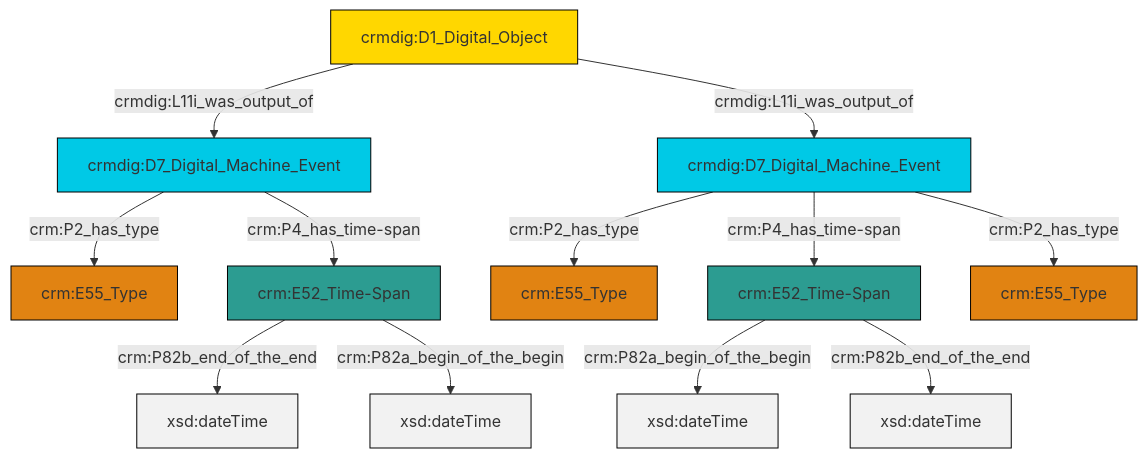
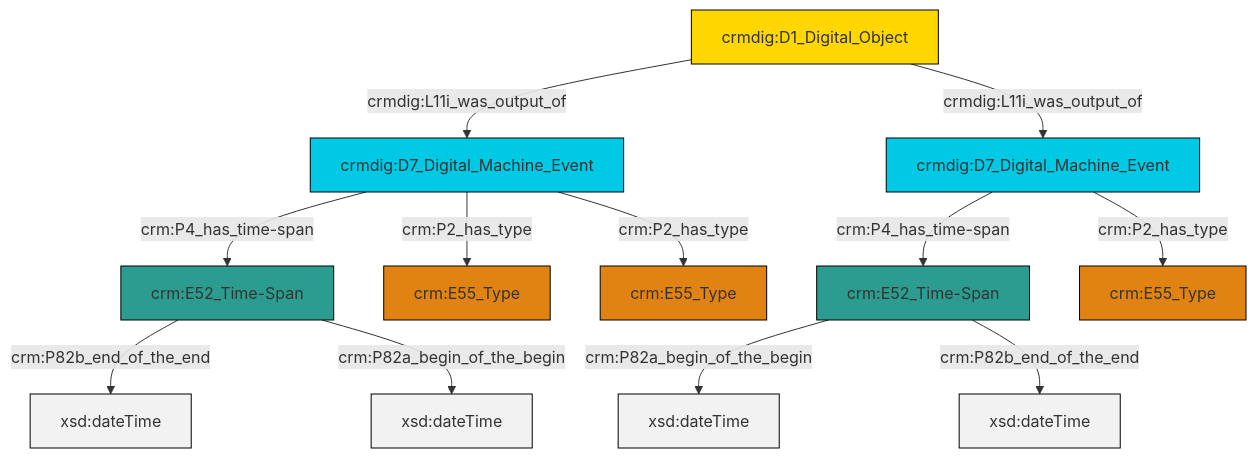
One commit to swiss-art-research-net/docs.swissartresearch changed the diagram in et/doCSV/ttl/mmd/do_existence.ttl.mmd. Above: the diagram before and after it, drawn with Mermaid. The commit also changed 177 other files, not shown here.

```diff
--- a/et/doCSV/ttl/mmd/do_existence.ttl.mmd
+++ b/et/doCSV/ttl/mmd/do_existence.ttl.mmd
@@ -1,26 +1,26 @@
 graph TD
 classDef Literal fill:#f2f2f2,stroke:#000000;
 classDef CRM_Entity fill:#FFFFFF,stroke:#000000;
 classDef Temporal_Entity fill:#00C9E6, stroke:#000000;
 classDef Type fill:#E18312, stroke:#000000;
 classDef Time-Span fill:#2C9C91, stroke:#000000;
 classDef Appellation fill:#FFEB7F, stroke:#000000;
 classDef Place fill:#008836, stroke:#000000;
 classDef Persistent_Item fill:#B266B2, stroke:#000000;
 classDef Conceptual_Object fill:#FFD700, stroke:#000000;
 classDef Physical_Thing fill:#D2B48C, stroke:#000000;
 classDef Actor fill:#f58aad, stroke:#000000;
 classDef PC_Classes fill:#4ce600, stroke:#000000;
 classDef Multi fill:#cccccc,stroke:#000000;
 
-4["crmdig:D1_Digital_Object"]:::Conceptual_Object -->|crmdig:L11i_was_output_of| 0["crmdig:D7_Digital_Machine_Event"]:::Temporal_Entity
-2["crmdig:D7_Digital_Machine_Event"]:::Temporal_Entity -->|crm:P2_has_type| 5["crm:E55_Type"]:::Type
-8["crm:E52_Time-Span"]:::Time-Span -->|crm:P82b_end_of_the_end| 9[xsd:dateTime]:::Literal
-2["crmdig:D7_Digital_Machine_Event"]:::Temporal_Entity -->|crm:P4_has_time-span| 10["crm:E52_Time-Span"]:::Time-Span
-10["crm:E52_Time-Span"]:::Time-Span -->|crm:P82a_begin_of_the_begin| 13[xsd:dateTime]:::Literal
-4["crmdig:D1_Digital_Object"]:::Conceptual_Object -->|crmdig:L11i_was_output_of| 2["crmdig:D7_Digital_Machine_Event"]:::Temporal_Entity
-0["crmdig:D7_Digital_Machine_Event"]:::Temporal_Entity -->|crm:P2_has_type| 6["crm:E55_Type"]:::Type
-8["crm:E52_Time-Span"]:::Time-Span -->|crm:P82a_begin_of_the_begin| 16[xsd:dateTime]:::Literal
-0["crmdig:D7_Digital_Machine_Event"]:::Temporal_Entity -->|crm:P4_has_time-span| 8["crm:E52_Time-Span"]:::Time-Span
-2["crmdig:D7_Digital_Machine_Event"]:::Temporal_Entity -->|crm:P2_has_type| 11["crm:E55_Type"]:::Type
-10["crm:E52_Time-Span"]:::Time-Span -->|crm:P82b_end_of_the_end| 20[xsd:dateTime]:::Literal
+2["crmdig:D1_Digital_Object"]:::Conceptual_Object -->|crmdig:L11i_was_output_of| 3["crmdig:D7_Digital_Machine_Event"]:::Temporal_Entity
+3["crmdig:D7_Digital_Machine_Event"]:::Temporal_Entity -->|crm:P4_has_time-span| 4["crm:E52_Time-Span"]:::Time-Span
+6["crmdig:D7_Digital_Machine_Event"]:::Temporal_Entity -->|crm:P4_has_time-span| 7["crm:E52_Time-Span"]:::Time-Span
+3["crmdig:D7_Digital_Machine_Event"]:::Temporal_Entity -->|crm:P2_has_type| 8["crm:E55_Type"]:::Type
+2["crmdig:D1_Digital_Object"]:::Conceptual_Object -->|crmdig:L11i_was_output_of| 6["crmdig:D7_Digital_Machine_Event"]:::Temporal_Entity
+4["crm:E52_Time-Span"]:::Time-Span -->|crm:P82b_end_of_the_end| 10[xsd:dateTime]:::Literal
+7["crm:E52_Time-Span"]:::Time-Span -->|crm:P82a_begin_of_the_begin| 11[xsd:dateTime]:::Literal
+7["crm:E52_Time-Span"]:::Time-Span -->|crm:P82b_end_of_the_end| 12[xsd:dateTime]:::Literal
+6["crmdig:D7_Digital_Machine_Event"]:::Temporal_Entity -->|crm:P2_has_type| 0["crm:E55_Type"]:::Type
+4["crm:E52_Time-Span"]:::Time-Span -->|crm:P82a_begin_of_the_begin| 17[xsd:dateTime]:::Literal
+3["crmdig:D7_Digital_Machine_Event"]:::Temporal_Entity -->|crm:P2_has_type| 18["crm:E55_Type"]:::Type
```
